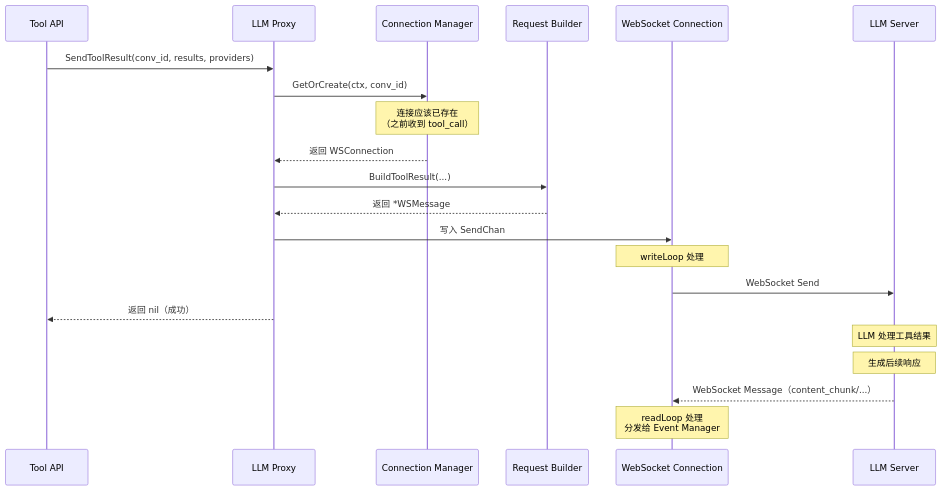
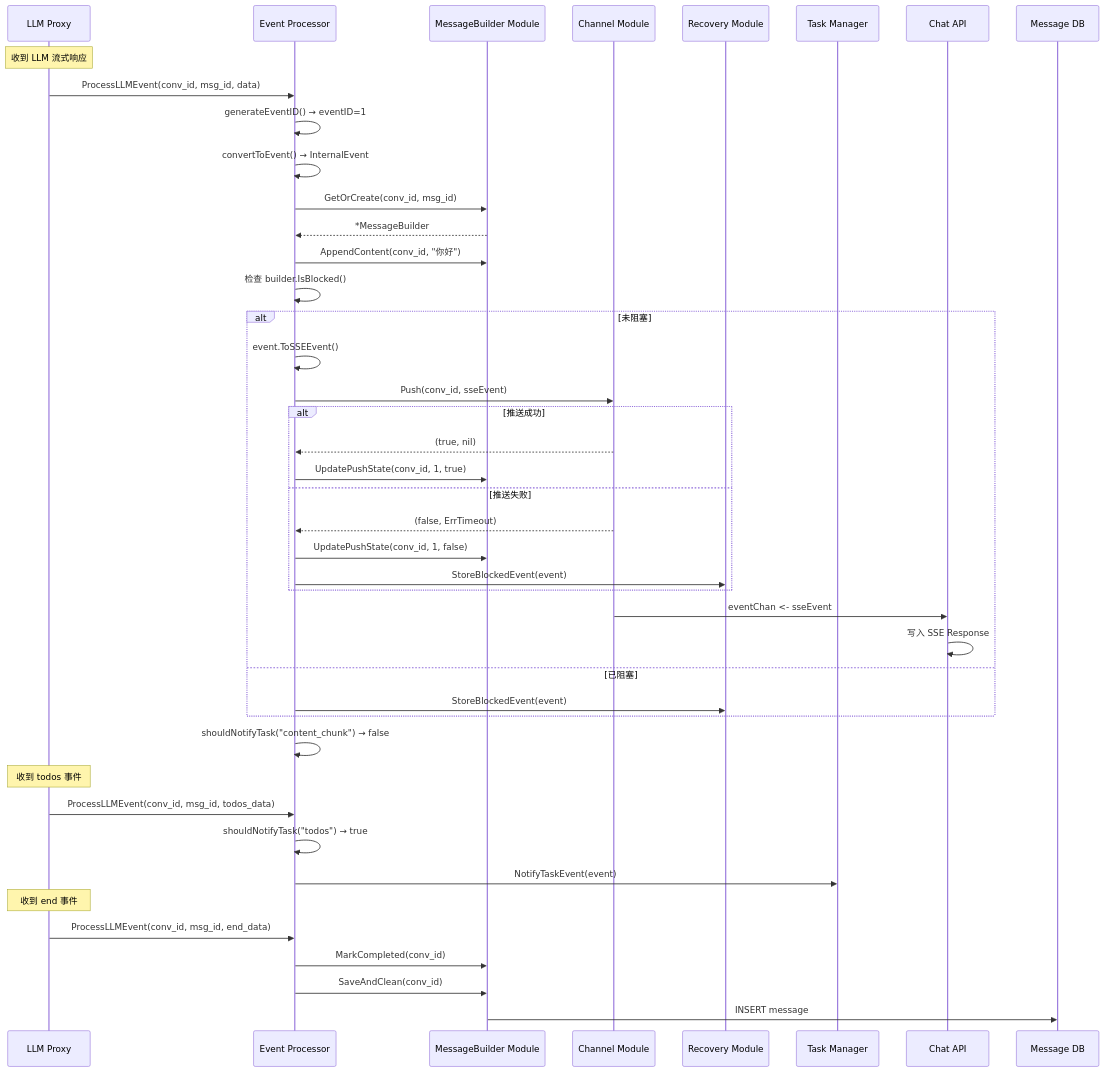
The diagram in all/未命名-10.md (yingjianzh/iodraw-files), drawn with Mermaid before and after one commit.

Commit message:
2025-12-26 10:20:41 update

````diff
--- a/all/未命名-10.md
+++ b/all/未命名-10.md
@@ -1,34 +1,59 @@
 ```mermaid
 sequenceDiagram
-    participant ToolAPI as Tool API
     participant LLMProxy as LLM Proxy
-    participant ConnMgr as Connection Manager
-    participant ReqBuilder as Request Builder
-    participant WSConn as WebSocket Connection
-    participant LLMServer as LLM Server
+    participant Processor as Event Processor
+    participant Builder as MessageBuilder Module
+    participant Channel as Channel Module
+    participant Recovery as Recovery Module
+    participant TaskMgr as Task Manager
+    participant ChatAPI as Chat API
+    participant DB as Message DB
 
-    ToolAPI->>LLMProxy: SendToolResult(conv_id, results, providers)
+    Note over LLMProxy: 收到 LLM 流式响应
+
+    LLMProxy->>Processor: ProcessLLMEvent(conv_id, msg_id, data)
     
-    LLMProxy->>ConnMgr: GetOrCreate(ctx, conv_id)
+    Processor->>Processor: generateEventID() → eventID=1
+    Processor->>Processor: convertToEvent() → InternalEvent
     
-    Note over ConnMgr: 连接应该已存在<br/>（之前收到 tool_call）
+    Processor->>Builder: GetOrCreate(conv_id, msg_id)
+    Builder-->>Processor: *MessageBuilder
     
-    ConnMgr-->>LLMProxy: 返回 WSConnection
+    Processor->>Builder: AppendContent(conv_id, "你好")
     
-    LLMProxy->>ReqBuilder: BuildToolResult(...)
-    ReqBuilder-->>LLMProxy: 返回 *WSMessage
+    Processor->>Processor: 检查 builder.IsBlocked()
     
-    LLMProxy->>WSConn: 写入 SendChan
+    alt 未阻塞
+        Processor->>Processor: event.ToSSEEvent()
+        Processor->>Channel: Push(conv_id, sseEvent)
+        
+        alt 推送成功
+            Channel-->>Processor: (true, nil)
+            Processor->>Builder: UpdatePushState(conv_id, 1, true)
+        else 推送失败
+            Channel-->>Processor: (false, ErrTimeout)
+            Processor->>Builder: UpdatePushState(conv_id, 1, false)
+            Processor->>Recovery: StoreBlockedEvent(event)
+        end
+        
+        Channel->>ChatAPI: eventChan <- sseEvent
+        ChatAPI->>ChatAPI: 写入 SSE Response
+    else 已阻塞
+        Processor->>Recovery: StoreBlockedEvent(event)
+    end
     
-    Note over WSConn: writeLoop 处理
-    WSConn->>LLMServer: WebSocket Send
+    Processor->>Processor: shouldNotifyTask("content_chunk") → false
     
-    LLMProxy-->>ToolAPI: 返回 nil（成功）
+    Note over LLMProxy: 收到 todos 事件
     
-    Note over LLMServer: LLM 处理工具结果
-    Note over LLMServer: 生成后续响应
+    LLMProxy->>Processor: ProcessLLMEvent(conv_id, msg_id, todos_data)
+    Processor->>Processor: shouldNotifyTask("todos") → true
+    Processor->>TaskMgr: NotifyTaskEvent(event)
     
-    LLMServer-->>WSConn: WebSocket Message（content_chunk/...）
+    Note over LLMProxy: 收到 end 事件
     
-    Note over WSConn: readLoop 处理<br/>分发给 Event Manager
+    LLMProxy->>Processor: ProcessLLMEvent(conv_id, msg_id, end_data)
+    Processor->>Builder: MarkCompleted(conv_id)
+    Processor->>Builder: SaveAndClean(conv_id)
+    Builder->>DB: INSERT message
 ```
````
